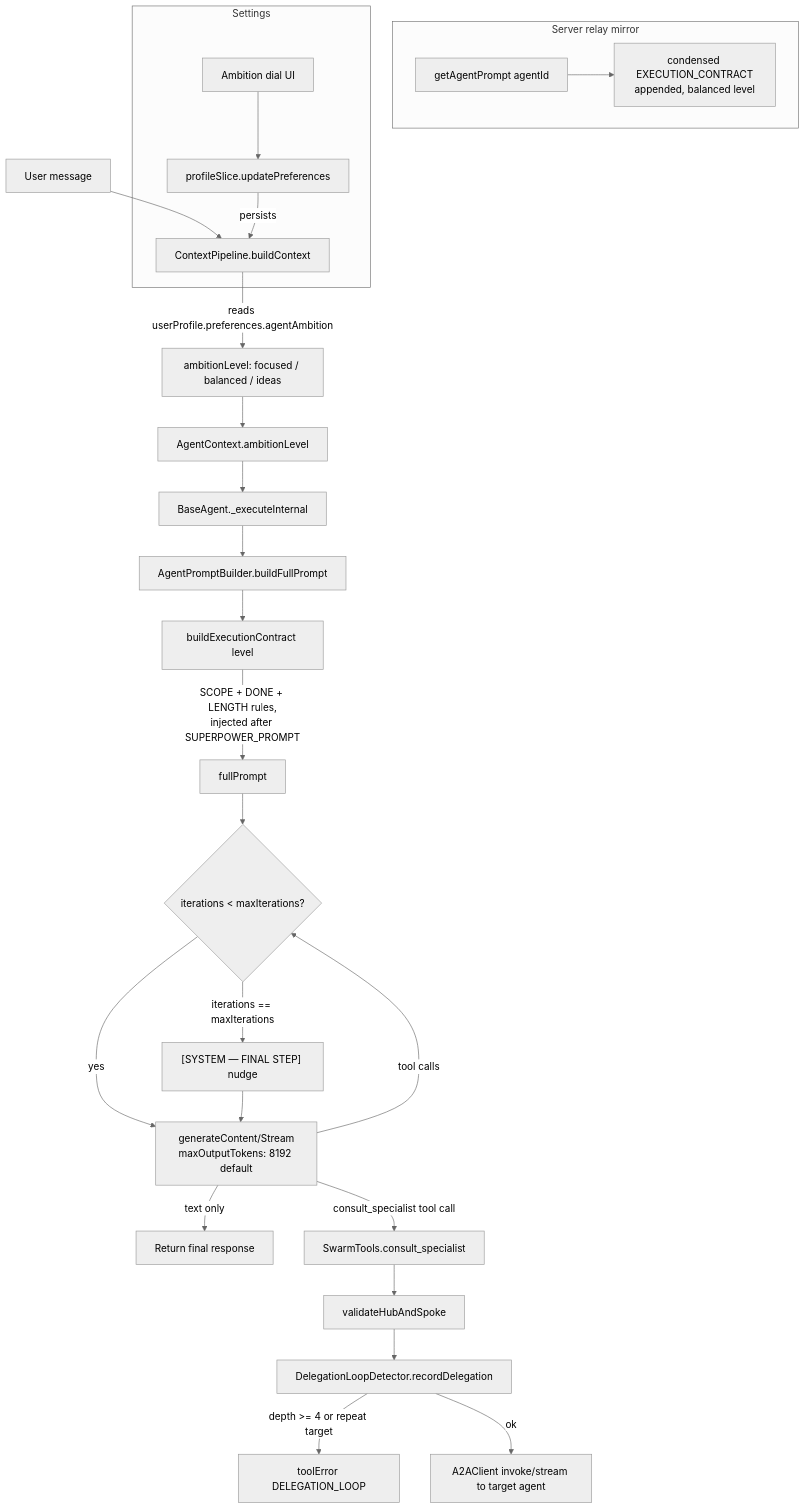
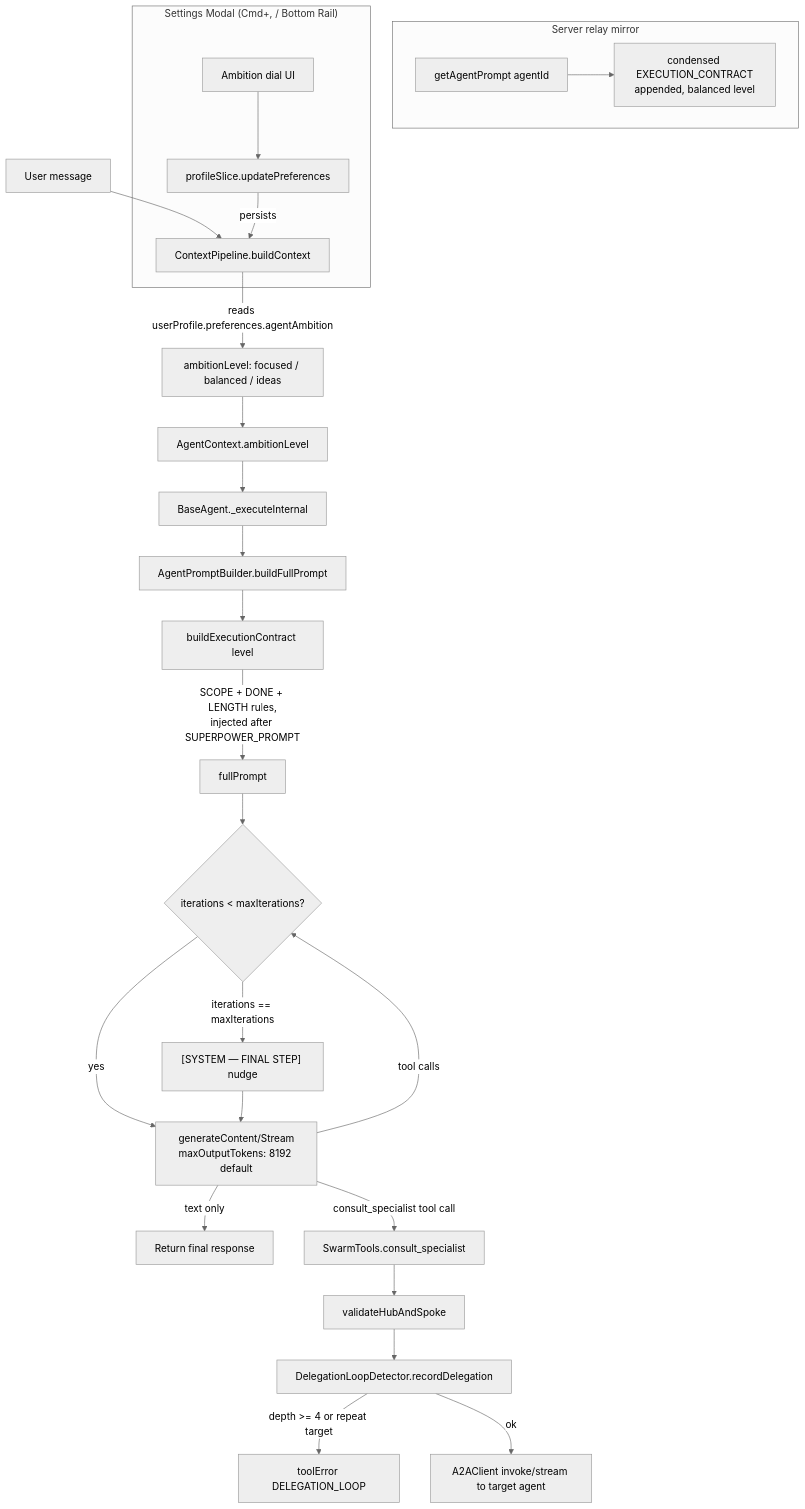
One commit to indii-music-founder/indii-music-founder changed the diagram in docs/flowcharts/judgment-layer-macro.md. Above: the diagram before and after it, drawn with Mermaid (neutral theme). The commit also changed other lines of this file and 40 other files, not shown here.

First line of the commit message:
refactor(nav): realign tools to bottom rail, drawers, and departments

````diff
--- a/docs/flowcharts/judgment-layer-macro.md
+++ b/docs/flowcharts/judgment-layer-macro.md
@@ -5,33 +5,33 @@
 ```mermaid
 flowchart TD
     U["User message"] --> CP["ContextPipeline.buildContext"]
     CP -->|"reads userProfile.preferences.agentAmbition"| AL["ambitionLevel: focused / balanced / ideas"]
     AL --> CTX["AgentContext.ambitionLevel"]
 
     CTX --> BA["BaseAgent._executeInternal"]
     BA --> APB["AgentPromptBuilder.buildFullPrompt"]
     APB --> EC["buildExecutionContract level"]
     EC -->|"SCOPE + DONE + LENGTH rules,\ninjected after SUPERPOWER_PROMPT"| FP["fullPrompt"]
 
     FP --> LOOP{"iterations < maxIterations?"}
     LOOP -->|"yes"| GEN["generateContent/Stream\nmaxOutputTokens: 8192 default"]
     GEN -->|"tool calls"| LOOP
     GEN -->|"text only"| DONE["Return final response"]
     LOOP -->|"iterations == maxIterations"| NUDGE["[SYSTEM — FINAL STEP] nudge"]
     NUDGE --> GEN
 
     GEN -->|"consult_specialist tool call"| SW["SwarmTools.consult_specialist"]
     SW --> HS["validateHubAndSpoke"]
     HS --> DD["DelegationLoopDetector.recordDelegation"]
     DD -->|"depth >= 4 or repeat target"| ERR["toolError DELEGATION_LOOP"]
     DD -->|"ok"| A2A["A2AClient invoke/stream to target agent"]
 
     subgraph "Server relay mirror"
         REL["getAgentPrompt agentId"] --> RELEC["condensed EXECUTION_CONTRACT\nappended, balanced level"]
     end
 
-    subgraph "Settings"
+    subgraph "Settings Modal (Cmd+, / Bottom Rail)"
         SET["Ambition dial UI"] --> PROF["profileSlice.updatePreferences"]
         PROF -->|"persists"| CP
     end
 ```
````
